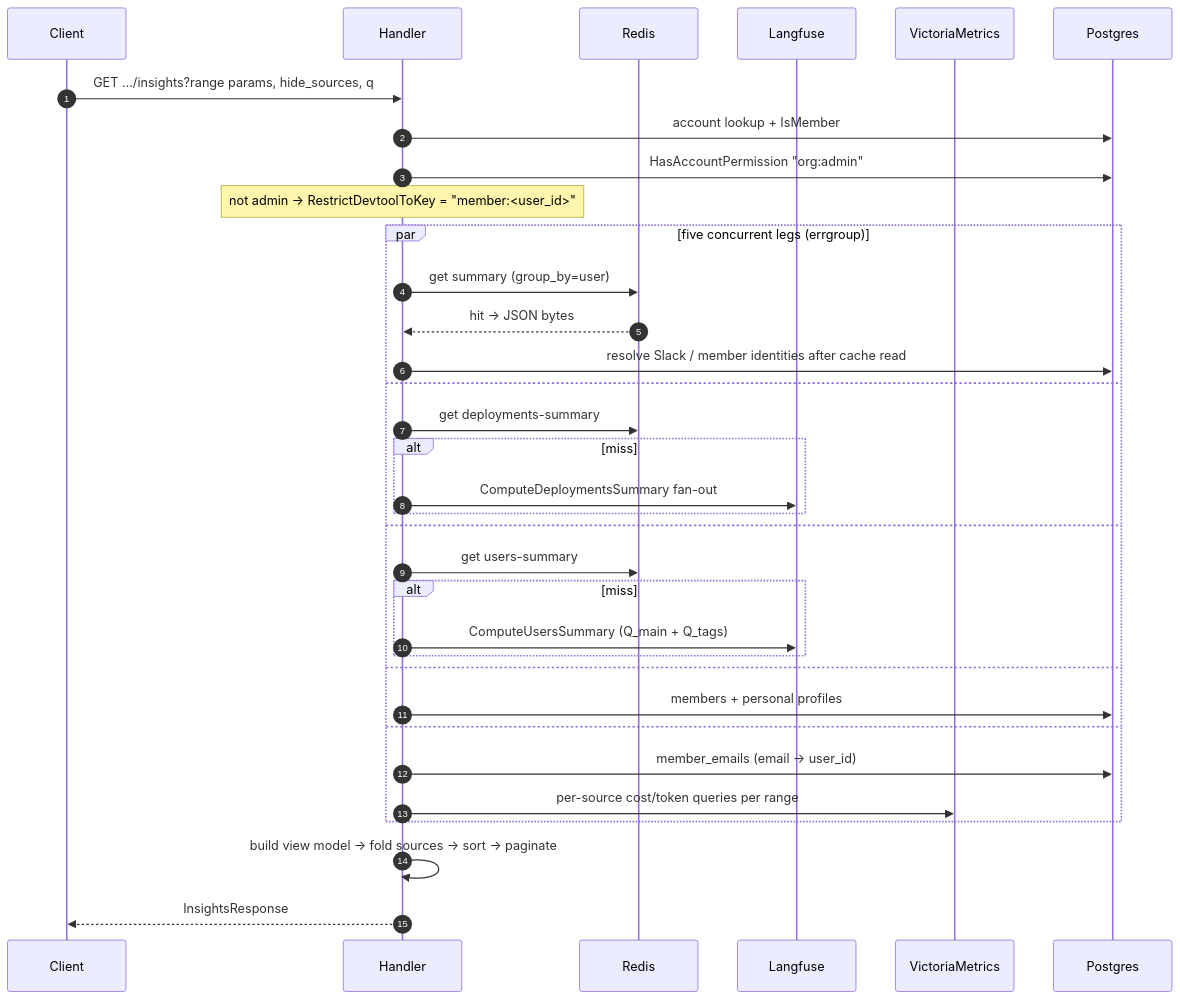
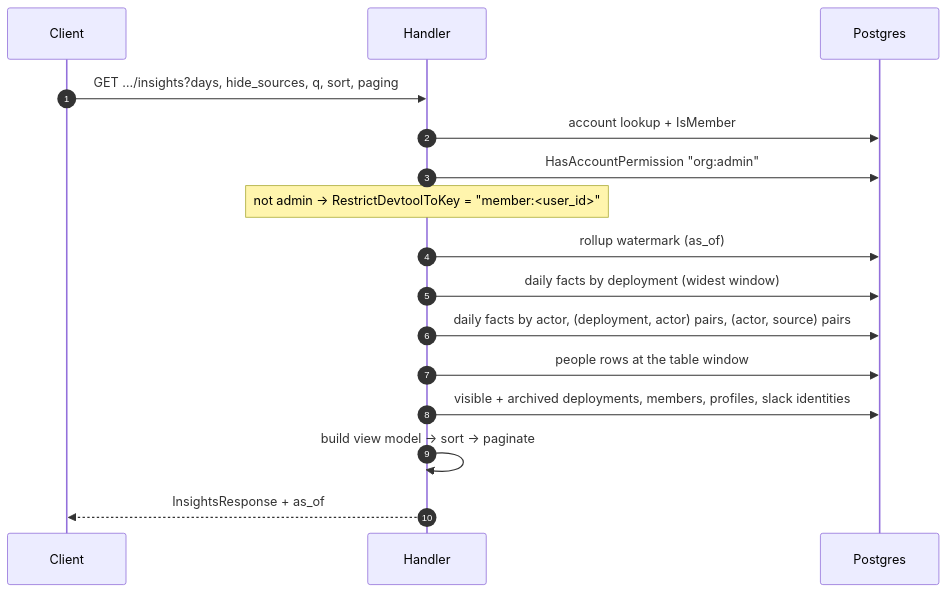
Before and after one commit to astropods/astro-cli: the second of 5 diagrams in docs/03-architecture/insights.md, drawn with Mermaid. The commit also changed other lines of this file and 46 other files, not shown here.

First line of the commit message:
feat(insights): serve the page from stored daily usage (#2012)

````diff
--- a/docs/03-architecture/insights.md
+++ b/docs/03-architecture/insights.md
@@ -68,39 +62,21 @@
 ```mermaid
 sequenceDiagram
   autonumber
   participant C as Client
   participant H as Handler
-  participant R as Redis
-  participant LF as Langfuse
-  participant VM as VictoriaMetrics
   participant PG as Postgres
 
-  C->>H: GET …/insights?range params, hide_sources, q
+  C->>H: GET …/insights?days, hide_sources, q, sort, paging
   H->>PG: account lookup + IsMember
   H->>PG: HasAccountPermission "org:admin"
   Note over H: not admin → RestrictDevtoolToKey = "member:<user_id>"
 
-  par five concurrent legs (errgroup)
-    H->>R: get summary (group_by=user)
-    R-->>H: hit → JSON bytes
-    H->>PG: resolve Slack / member identities after cache read
-  and
-    H->>R: get deployments-summary
-    alt miss
-      H->>LF: ComputeDeploymentsSummary fan-out
-    end
-  and
-    H->>R: get users-summary
-    alt miss
-      H->>LF: ComputeUsersSummary (Q_main + Q_tags)
-    end
-  and
-    H->>PG: members + personal profiles
-  and
-    H->>PG: member_emails (email → user_id)
-    H->>VM: per-source cost/token queries per range
-  end
+  H->>PG: rollup watermark (as_of)
+  H->>PG: daily facts by deployment (widest window)
+  H->>PG: daily facts by actor, (deployment, actor) pairs, (actor, source) pairs
+  H->>PG: people rows at the table window
+  H->>PG: visible + archived deployments, members, profiles, slack identities
 
-  H->>H: build view model → fold sources → sort → paginate
-  H-->>C: InsightsResponse
+  H->>H: build view model → sort → paginate
+  H-->>C: InsightsResponse + as_of
 ```
````
